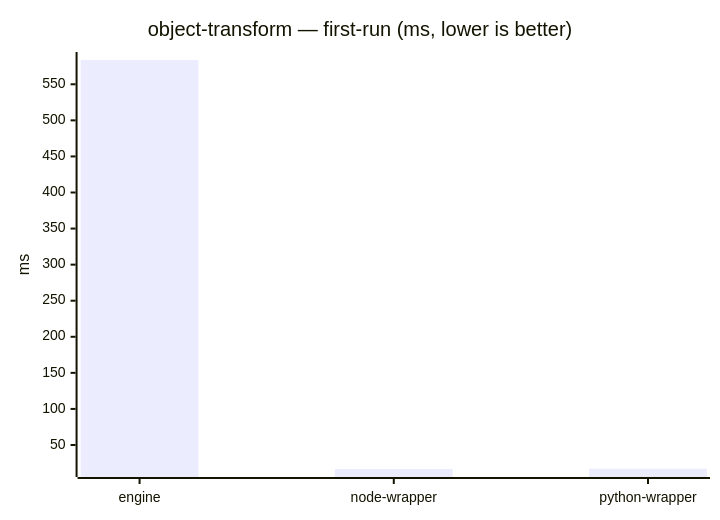
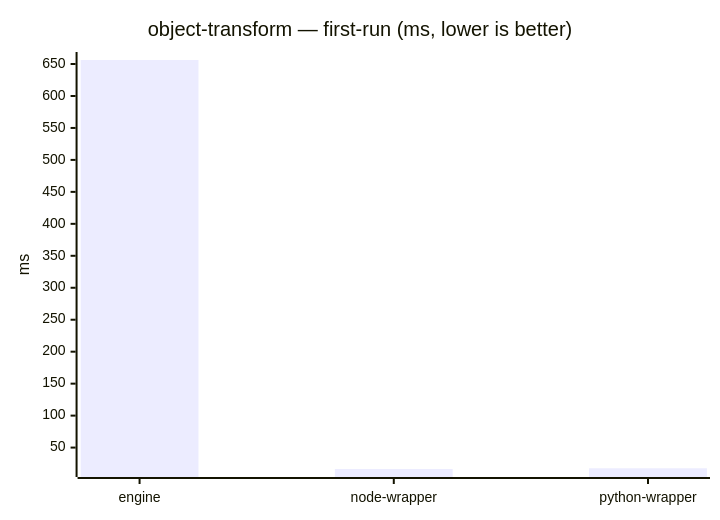
The fourth of 23 diagrams in benchmarks/report/RESULTS.md (mulesoft/data-weave-cli), drawn with Mermaid before and after one commit. The commit also changed other lines of this file, not shown here.

````diff
--- a/benchmarks/report/RESULTS.md
+++ b/benchmarks/report/RESULTS.md
@@ -72,7 +72,7 @@
 ```mermaid
 xychart-beta
     title "object-transform — first-run (ms, lower is better)"
     x-axis ["engine", "node-wrapper", "python-wrapper"]
     y-axis "ms"
-    bar [583.654, 16.731, 17.012]
+    bar [656.287, 16.493, 17.65]
 ```
````
